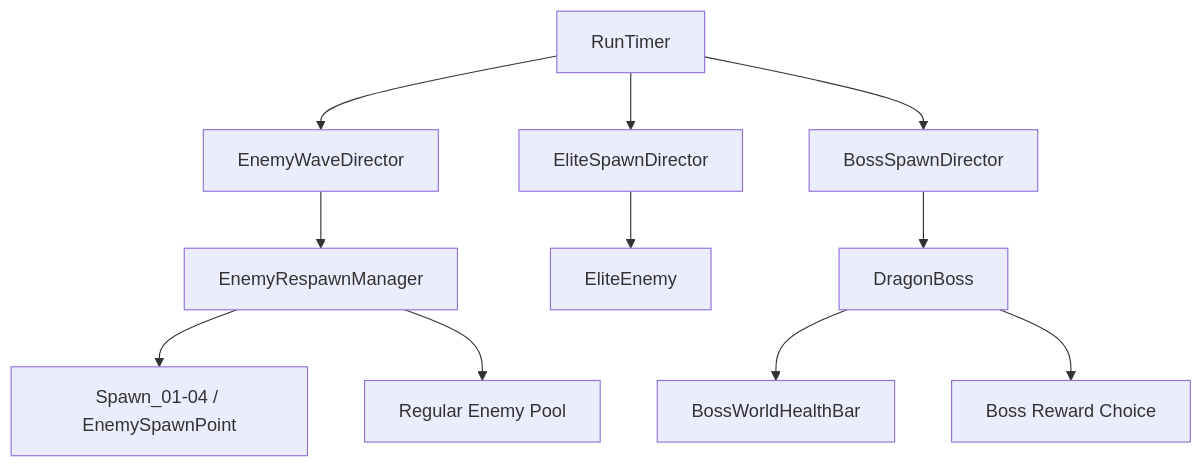
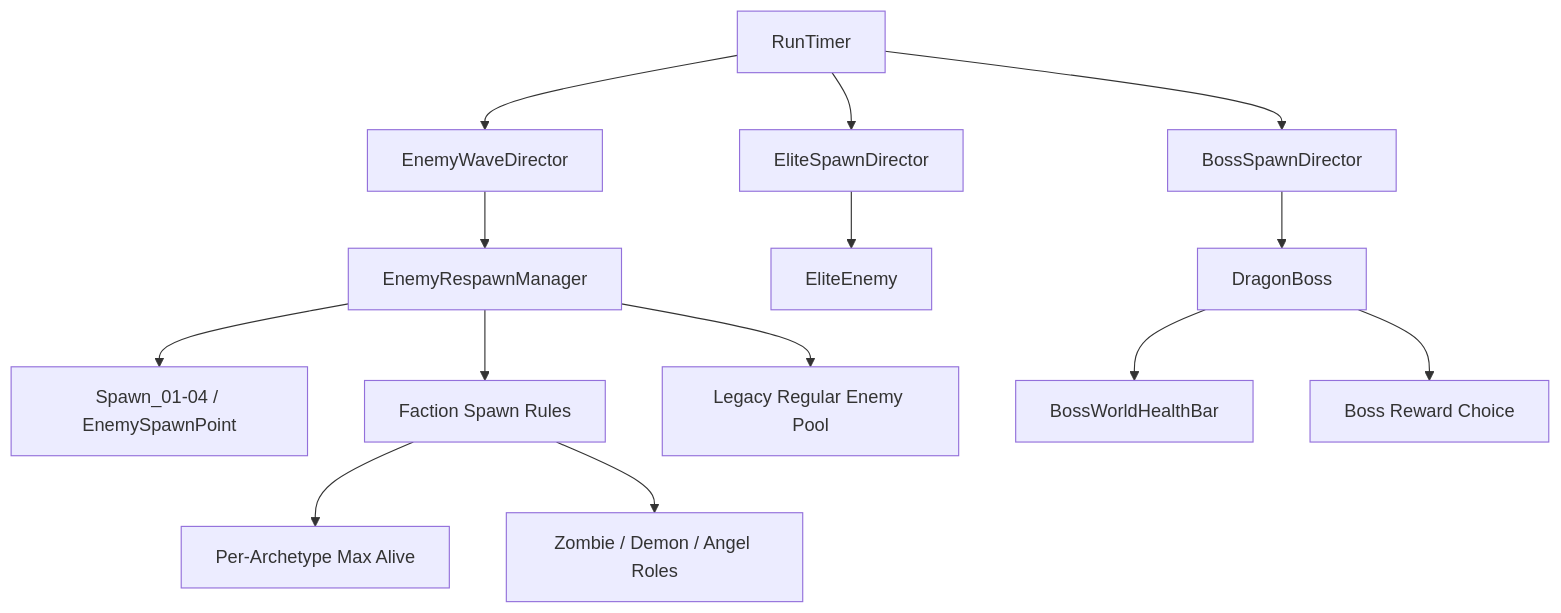
The fifth of 5 diagrams in Docs/SYSTEM_GRAPH.md (bpopovgit/bullet-heaven-game), drawn with Mermaid before and after one commit. The commit also changed 17 other files, not shown here.

````diff
--- a/Docs/SYSTEM_GRAPH.md
+++ b/Docs/SYSTEM_GRAPH.md
@@ -156,15 +156,18 @@
 ```mermaid
 flowchart TD
     A["RunTimer"] --> B["EnemyWaveDirector"]
     A --> C["EliteSpawnDirector"]
     A --> D["BossSpawnDirector"]
 
     B --> E["EnemyRespawnManager"]
     E --> F["Spawn_01-04 / EnemySpawnPoint"]
-    E --> G["Regular Enemy Pool"]
+    E --> G["Faction Spawn Rules"]
+    G --> GA["Per-Archetype Max Alive"]
+    G --> GB["Zombie / Demon / Angel Roles"]
+    E --> H["Legacy Regular Enemy Pool"]
 
-    C --> H["EliteEnemy"]
-    D --> I["DragonBoss"]
-    I --> J["BossWorldHealthBar"]
-    I --> K["Boss Reward Choice"]
+    C --> I["EliteEnemy"]
+    D --> J["DragonBoss"]
+    J --> K["BossWorldHealthBar"]
+    J --> L["Boss Reward Choice"]
 ```
````
